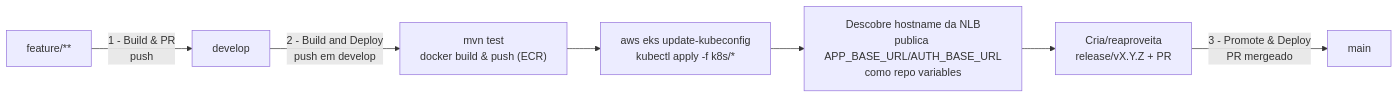
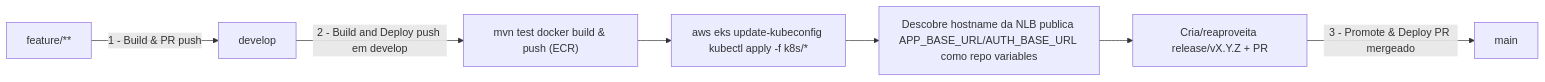
Before and after one commit to Teplotax/g52-app-tech-challenge: the third of 3 diagrams in README.md, drawn with Mermaid. The commit also changed other lines of this file, not shown here.

````diff
--- a/README.md
+++ b/README.md
@@ -83,9 +83,9 @@
 ```mermaid
 flowchart LR
-    F["feature/**"] -->|1 - Build & PR\npush| D["develop"]
-    D -->|2 - Build and Deploy\npush em develop| Build["mvn test\ndocker build & push (ECR)"]
-    Build --> Deploy["aws eks update-kubeconfig\nkubectl apply -f k8s/*"]
-    Deploy --> NLB["Descobre hostname da NLB\npublica APP_BASE_URL/AUTH_BASE_URL\ncomo repo variables"]
-    NLB --> R["Cria/reaproveita\nrelease/vX.Y.Z + PR"]
-    R -->|3 - Promote & Deploy\nPR mergeado| M["main"]
+    F["feature/**"] -->|1 - Build & PR push| D["develop"]
+    D -->|2 - Build and Deploy push em develop| Build["mvn test docker build & push (ECR)"]
+    Build --> Deploy["aws eks update-kubeconfig kubectl apply -f k8s/*"]
+    Deploy --> NLB["Descobre hostname da NLB publica APP_BASE_URL/AUTH_BASE_URL como repo variables"]
+    NLB --> R["Cria/reaproveita release/vX.Y.Z + PR"]
+    R -->|3 - Promote & Deploy PR mergeado| M["main"]
 ```
````
